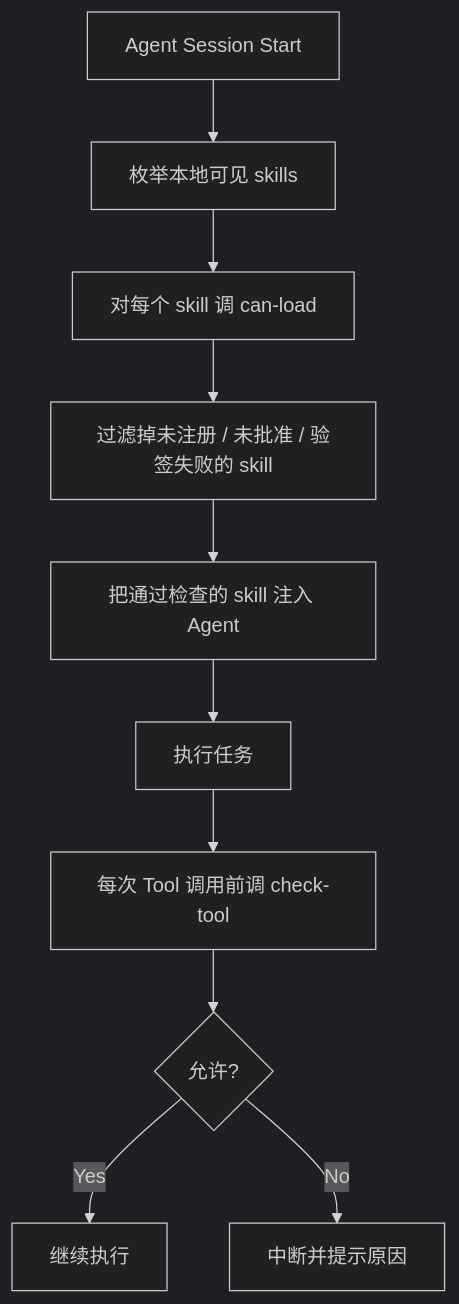
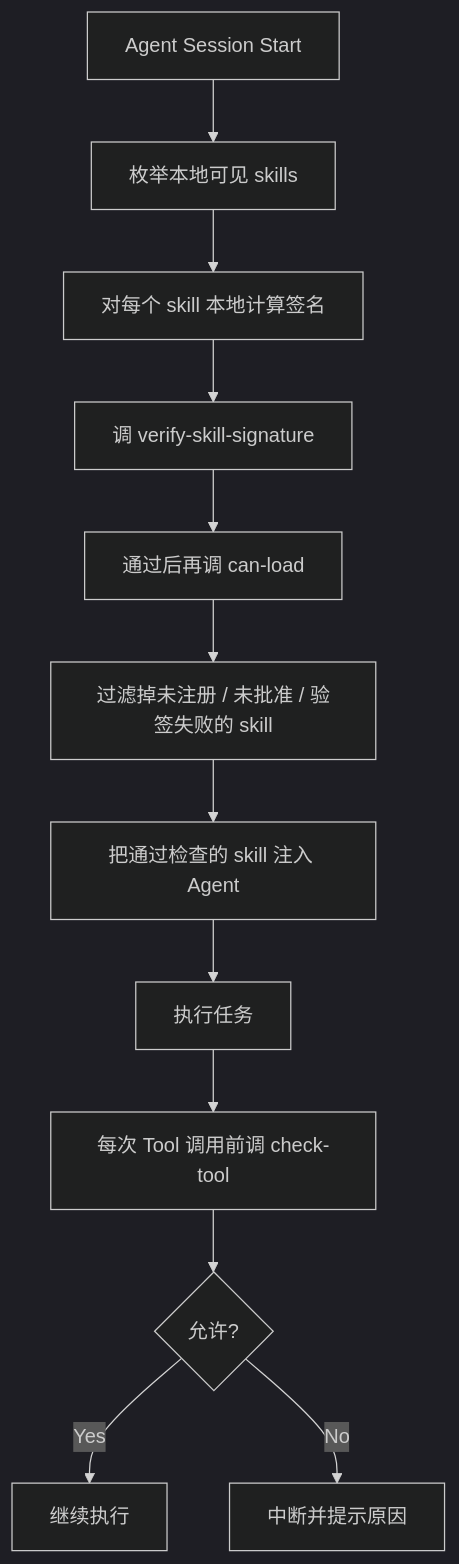
The third of 3 diagrams in docs/external-agent-integration.md (HuangLuGuang/skill-manager), drawn with Mermaid (dark theme) before and after one commit. The commit also changed other lines of this file and 45 other files, not shown here.

````diff
--- a/docs/external-agent-integration.md
+++ b/docs/external-agent-integration.md
@@ -117,12 +122,14 @@
 ```mermaid
 flowchart TD
     A["Agent Session Start"] --> B["枚举本地可见 skills"]
-    B --> C["对每个 skill 调 can-load"]
-    C --> D["过滤掉未注册 / 未批准 / 验签失败的 skill"]
-    D --> E["把通过检查的 skill 注入 Agent"]
-    E --> F["执行任务"]
-    F --> G["每次 Tool 调用前调 check-tool"]
-    G --> H{"允许?"}
-    H -- "Yes" --> I["继续执行"]
-    H -- "No" --> J["中断并提示原因"]
+    B --> C["对每个 skill 本地计算签名"]
+    C --> D["调 verify-skill-signature"]
+    D --> E["通过后再调 can-load"]
+    E --> F["过滤掉未注册 / 未批准 / 验签失败的 skill"]
+    F --> G["把通过检查的 skill 注入 Agent"]
+    G --> H["执行任务"]
+    H --> I["每次 Tool 调用前调 check-tool"]
+    I --> J{"允许?"}
+    J -- "Yes" --> K["继续执行"]
+    J -- "No" --> L["中断并提示原因"]
 ```
````
